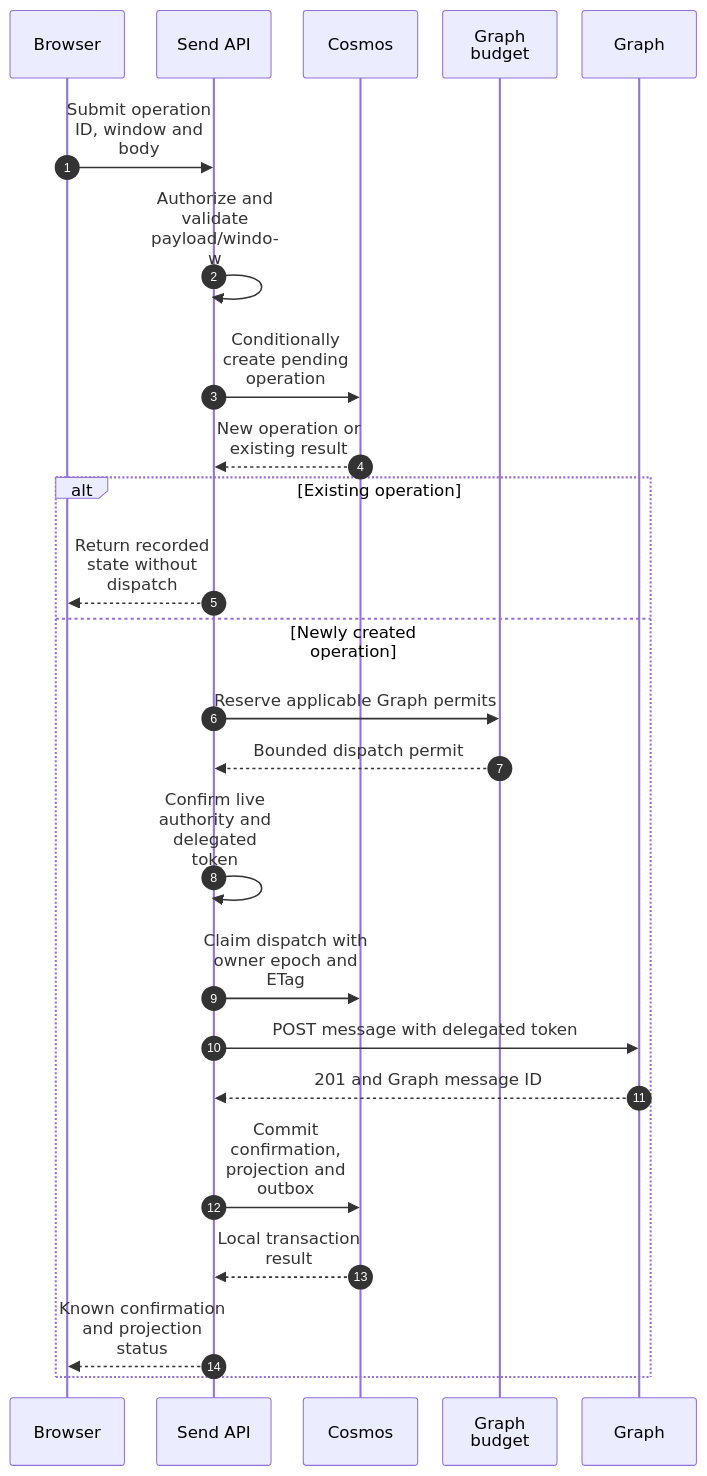
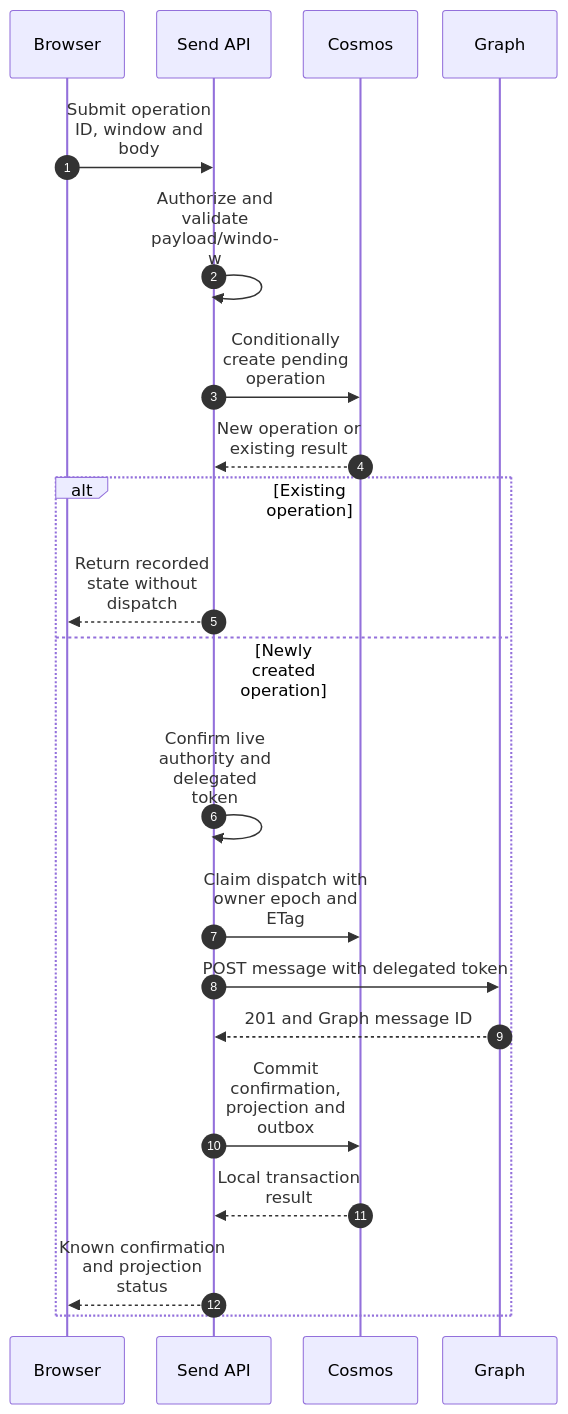
Before and after one commit to rmoreirao/ms-teams-custom-app: the eighth of 15 diagrams in docs/detailed-architecture.md, drawn with Mermaid. The commit also changed other lines of this file and 41 other files, not shown here.

````diff
--- a/docs/detailed-architecture.md
+++ b/docs/detailed-architecture.md
@@ -649,34 +649,31 @@
 ```mermaid
 ---
 config:
   sequence:
     actorMargin: 24
     width: 110
     wrap: true
 ---
 sequenceDiagram
     autonumber
     participant B as Browser
     participant A as Send API
     participant D as Cosmos
-    participant L as Graph budget
     participant G as Graph
 
     B->>A: Submit operation ID, window and body
     A->>A: Authorize and validate payload/window
     A->>D: Conditionally create pending operation
     D-->>A: New operation or existing result
     alt Existing operation
         A-->>B: Return recorded state without dispatch
     else Newly created operation
-        A->>L: Reserve applicable Graph permits
-        L-->>A: Bounded dispatch permit
         A->>A: Confirm live authority and delegated token
         A->>D: Claim dispatch with owner epoch and ETag
         A->>G: POST message with delegated token
         G-->>A: 201 and Graph message ID
         A->>D: Commit confirmation, projection and outbox
         D-->>A: Local transaction result
         A-->>B: Known confirmation and projection status
     end
 ```
````
